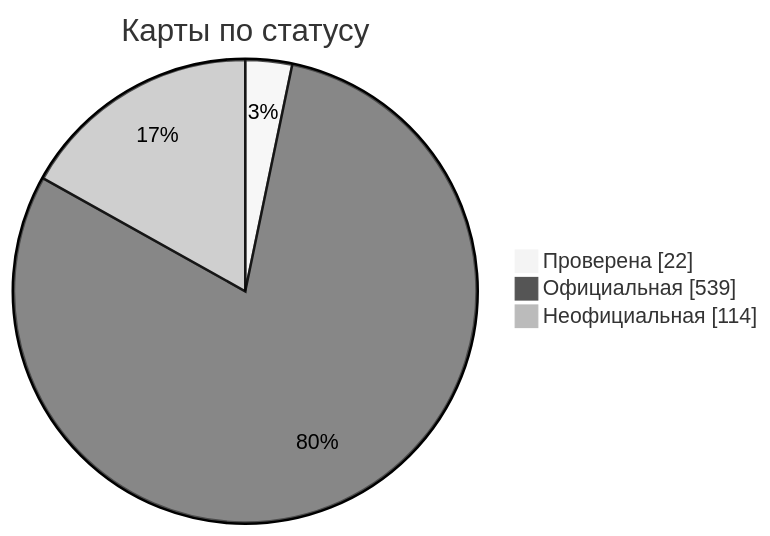
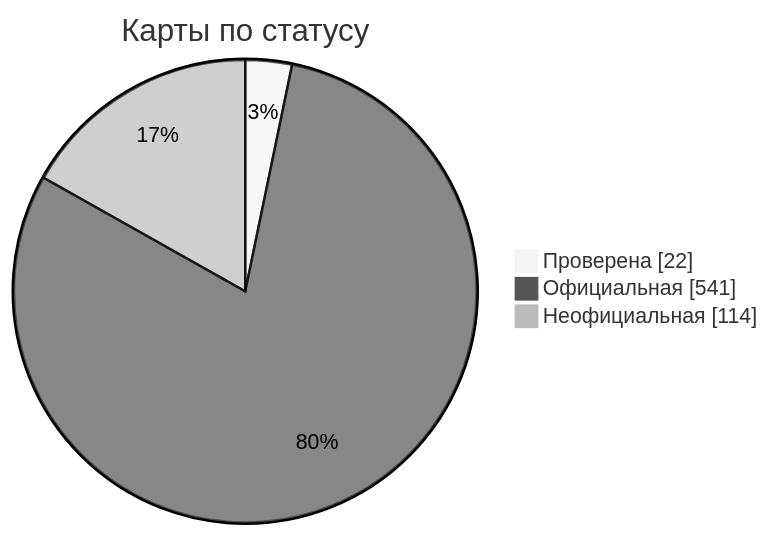
One commit to nobrega8/mbmap-library changed the diagram in docs/readme/README_RU.md. Above: the diagram before and after it, drawn with Mermaid (neutral theme). The commit also changed 7 other files, not shown here.

````diff
--- a/docs/readme/README_RU.md
+++ b/docs/readme/README_RU.md
@@ -54,7 +54,7 @@
 ```mermaid
 pie showData
     title Карты по статусу
     "Проверена" : 22
-    "Официальная" : 539
+    "Официальная" : 541
     "Неофициальная" : 114
 ```
````
